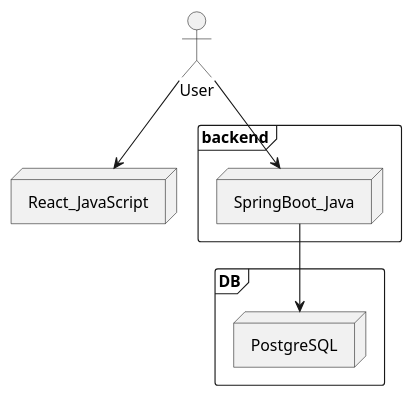
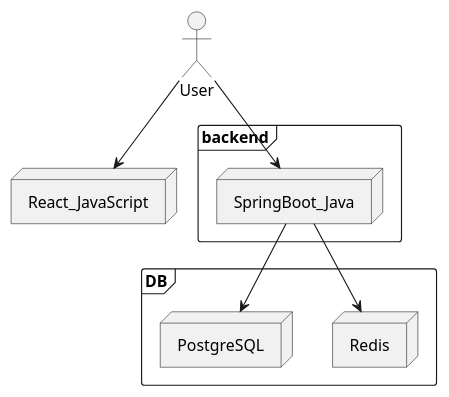
The second of 2 diagrams in BD/bd.md (TAKAHIRO-03/GoodHabits_doc), drawn with PlantUML before and after one commit. The commit also changed other lines of this file, not shown here.

````diff
--- a/BD/bd.md
+++ b/BD/bd.md
@@ -125,17 +126,19 @@
 ```plantuml
 actor User
 
 node React_JavaScript
 
 frame backend {
   node SpringBoot_Java
 }
 
 frame DB {
+  node Redis
   node PostgreSQL
 }
 
 User --> React_JavaScript
 User --> SpringBoot_Java
 SpringBoot_Java --> PostgreSQL
+SpringBoot_Java --> Redis
 ```
````
